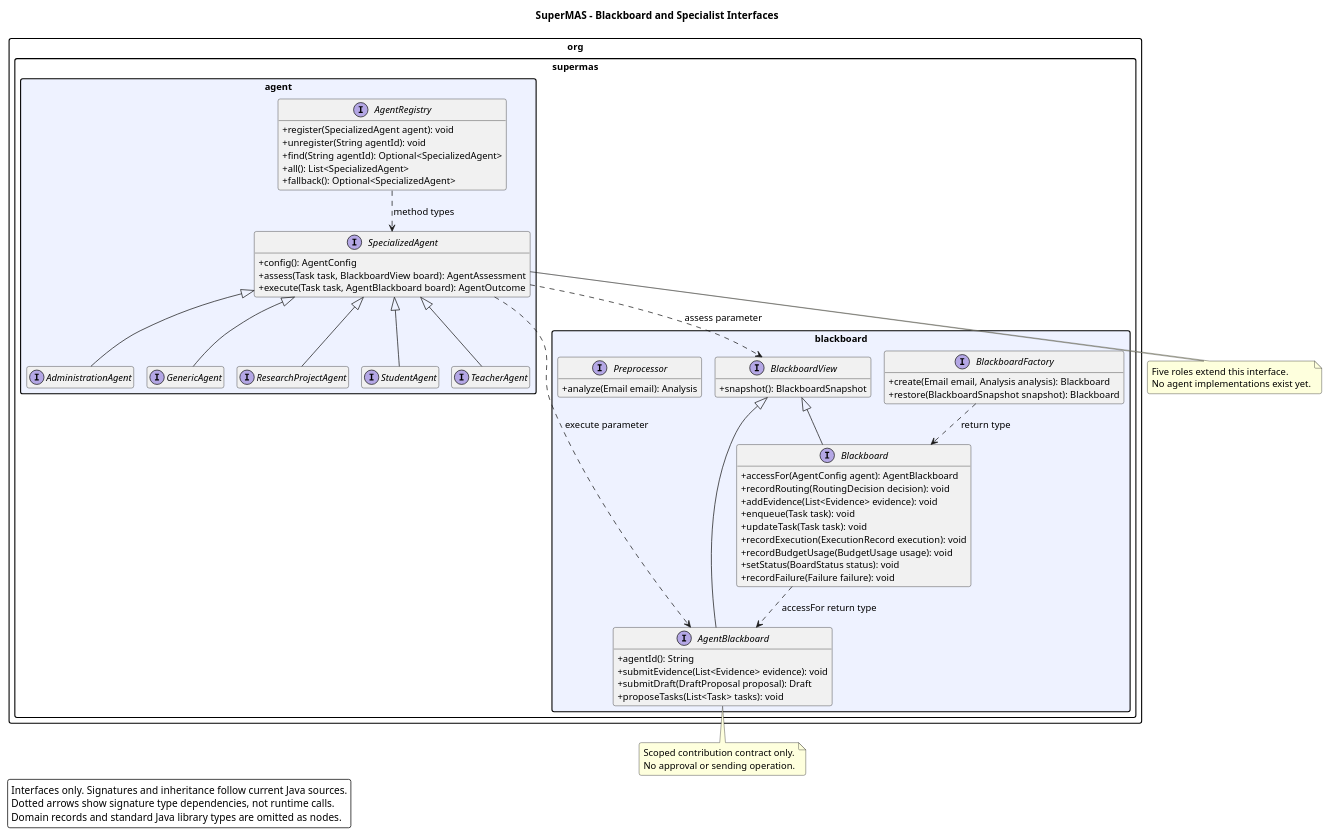
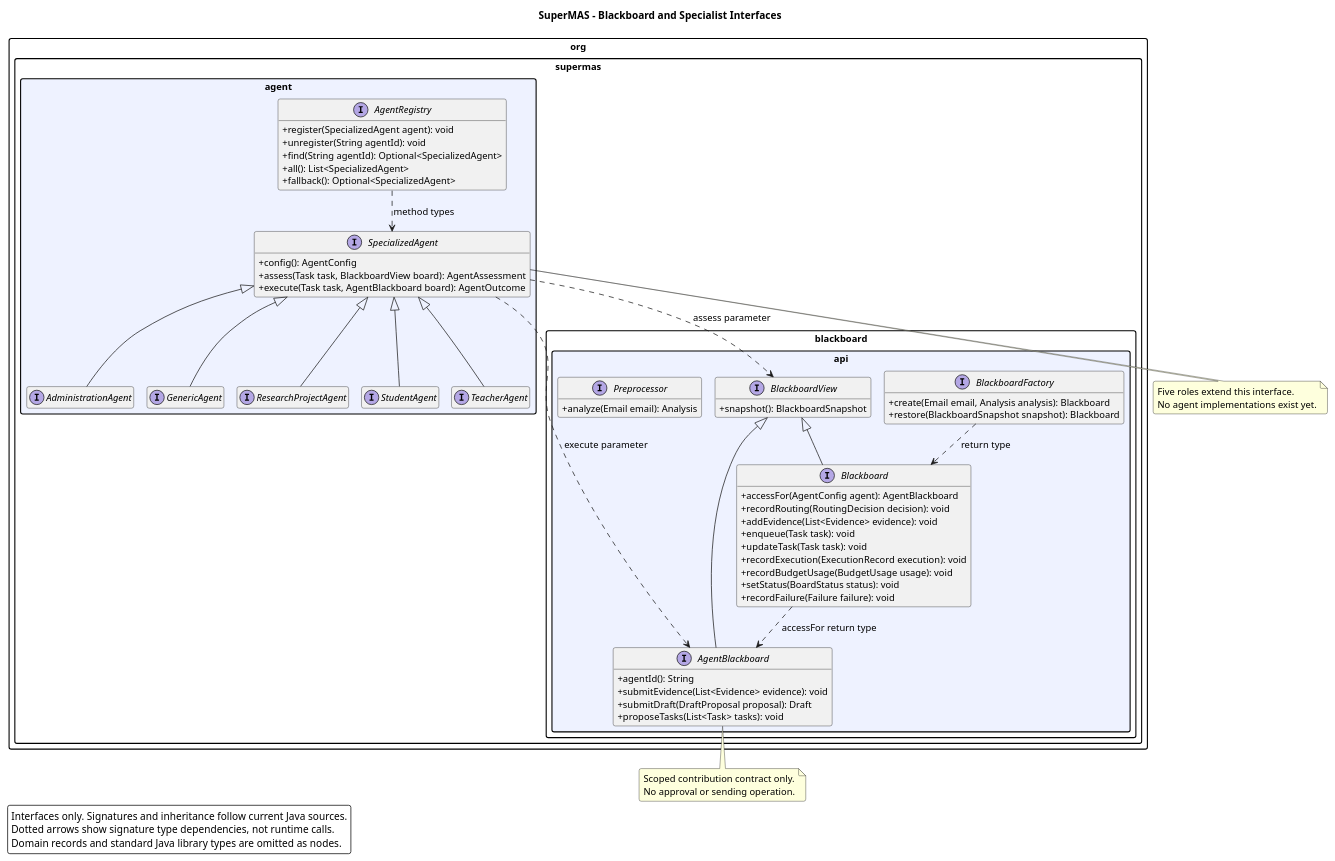
The diagram in docs/uml/class-diagram.puml (ZS912719/super-mas-project), drawn with PlantUML before and after one commit. The commit also changed 16 other files, not shown here.

First line of the commit message:
docs(blackboard): document storage architecture and validation

```diff
--- a/docs/uml/class-diagram.puml
+++ b/docs/uml/class-diagram.puml
@@ -1,96 +1,96 @@
 @startuml
 !pragma layout smetana
 skinparam backgroundColor #FFFFFF
 skinparam shadowing false
 skinparam roundcorner 6
 skinparam defaultFontName Arial
 skinparam defaultFontSize 13
 skinparam classAttributeIconSize 0
 skinparam packageStyle rectangle
 skinparam nodesep 35
 skinparam ranksep 45
 hide empty members
 
 title SuperMAS - Blackboard and Specialist Interfaces
 
 top to bottom direction
 
-package "org.supermas.blackboard" #EEF2FF {
+package "org.supermas.blackboard.api" #EEF2FF {
 interface AgentBlackboard {
   +agentId(): String
   +submitEvidence(List<Evidence> evidence): void
   +submitDraft(DraftProposal proposal): Draft
   +proposeTasks(List<Task> tasks): void
 }
 interface Blackboard {
   +accessFor(AgentConfig agent): AgentBlackboard
   +recordRouting(RoutingDecision decision): void
   +addEvidence(List<Evidence> evidence): void
   +enqueue(Task task): void
   +updateTask(Task task): void
   +recordExecution(ExecutionRecord execution): void
   +recordBudgetUsage(BudgetUsage usage): void
   +setStatus(BoardStatus status): void
   +recordFailure(Failure failure): void
 }
 interface BlackboardFactory {
   +create(Email email, Analysis analysis): Blackboard
   +restore(BlackboardSnapshot snapshot): Blackboard
 }
 interface BlackboardView {
   +snapshot(): BlackboardSnapshot
 }
 interface Preprocessor {
   +analyze(Email email): Analysis
 }
 }
 package "org.supermas.agent" #EEF2FF {
 interface AdministrationAgent {
 }
 interface AgentRegistry {
   +register(SpecializedAgent agent): void
   +unregister(String agentId): void
   +find(String agentId): Optional<SpecializedAgent>
   +all(): List<SpecializedAgent>
   +fallback(): Optional<SpecializedAgent>
 }
 interface GenericAgent {
 }
 interface ResearchProjectAgent {
 }
 interface SpecializedAgent {
   +config(): AgentConfig
   +assess(Task task, BlackboardView board): AgentAssessment
   +execute(Task task, AgentBlackboard board): AgentOutcome
 }
 interface StudentAgent {
 }
 interface TeacherAgent {
 }
 }
 BlackboardView <|-- AgentBlackboard
 BlackboardView <|-- Blackboard
 SpecializedAgent <|-- AdministrationAgent
 SpecializedAgent <|-- GenericAgent
 SpecializedAgent <|-- ResearchProjectAgent
 SpecializedAgent <|-- StudentAgent
 SpecializedAgent <|-- TeacherAgent
 AgentRegistry ..> SpecializedAgent : method types
 SpecializedAgent ..> BlackboardView : assess parameter
 SpecializedAgent ..> AgentBlackboard : execute parameter
 BlackboardFactory ..> Blackboard : return type
 Blackboard ..> AgentBlackboard : accessFor return type
 note bottom of AgentBlackboard
 Scoped contribution contract only.
 No approval or sending operation.
 end note
 note bottom of SpecializedAgent
 Five roles extend this interface.
 No agent implementations exist yet.
 end note
 legend bottom left
 Interfaces only. Signatures and inheritance follow current Java sources.
 Dotted arrows show signature type dependencies, not runtime calls.
 Domain records and standard Java library types are omitted as nodes.
 endlegend
 @enduml
```
